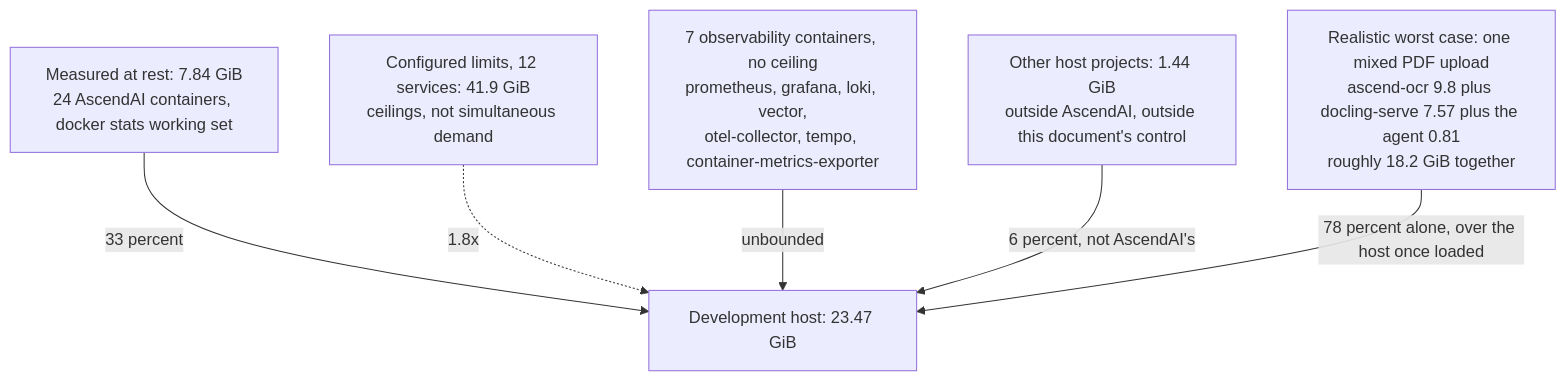
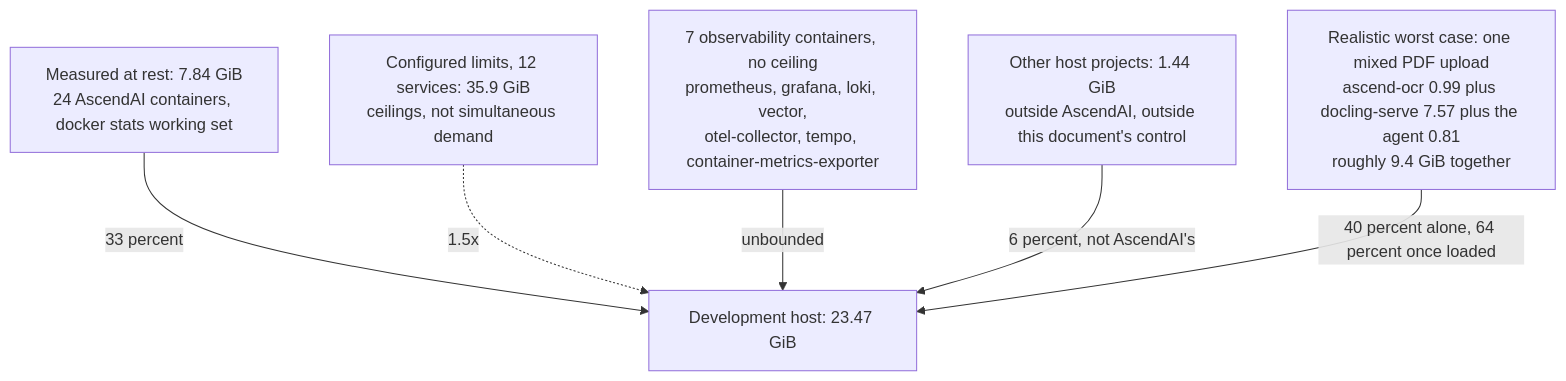
The diagram in docs/architecture/memory-budget.md (Lukk17/AscendAI), drawn with Mermaid before and after one commit. The commit also changed other lines of this file and 1022 other files, not shown here.

First line of the commit message:
feat(ocr): move ascend-ocr to a job interface, add Pact contract tests and release six services (#5)

````diff
--- a/docs/architecture/memory-budget.md
+++ b/docs/architecture/memory-budget.md
@@ -244,18 +265,18 @@
 ```mermaid
 graph TB
     accTitle: AscendAI memory budget against host capacity
-    accDescr: The 23.47 GiB development host measures 7.84 GiB of resting usage across AscendAI's own 24 containers, plans against 41.9 GiB of configured container limits, carries 7 containers with no configured ceiling, and faces a realistic worst case of roughly 18.2 GiB from a single document upload, which now fits the host on its own but not on top of the 5.65 GiB the rest of the host holds at rest.
+    accDescr: The 23.47 GiB development host measures 7.84 GiB of resting usage across AscendAI's own 24 containers, plans against 35.9 GiB of configured container limits, carries 7 containers with no configured ceiling, and faces a realistic worst case of roughly 9.4 GiB from a single document upload, which fits the host on its own and on top of the 5.65 GiB the rest of the host holds at rest.
 
     Idle["Measured at rest: 7.84 GiB<br/>24 AscendAI containers, docker stats working set"]
-    Limits["Configured limits, 12 services: 41.9 GiB<br/>ceilings, not simultaneous demand"]
+    Limits["Configured limits, 12 services: 35.9 GiB<br/>ceilings, not simultaneous demand"]
     Uncapped["7 observability containers, no ceiling<br/>prometheus, grafana, loki, vector,<br/>otel-collector, tempo, container-metrics-exporter"]
     External["Other host projects: 1.44 GiB<br/>outside AscendAI, outside this document's control"]
-    Realistic["Realistic worst case: one mixed PDF upload<br/>ascend-ocr 9.8 plus docling-serve 7.57 plus the agent 0.81<br/>roughly 18.2 GiB together"]
+    Realistic["Realistic worst case: one mixed PDF upload<br/>ascend-ocr 0.99 plus docling-serve 7.57 plus the agent 0.81<br/>roughly 9.4 GiB together"]
     Host["Development host: 23.47 GiB"]
 
     Idle -->|33 percent| Host
-    Limits -.->|1.8x| Host
+    Limits -.->|1.5x| Host
     Uncapped -->|unbounded| Host
     External -->|6 percent, not AscendAI's| Host
-    Realistic -->|78 percent alone, over the host once loaded| Host
+    Realistic -->|40 percent alone, 64 percent once loaded| Host
 ```
````
